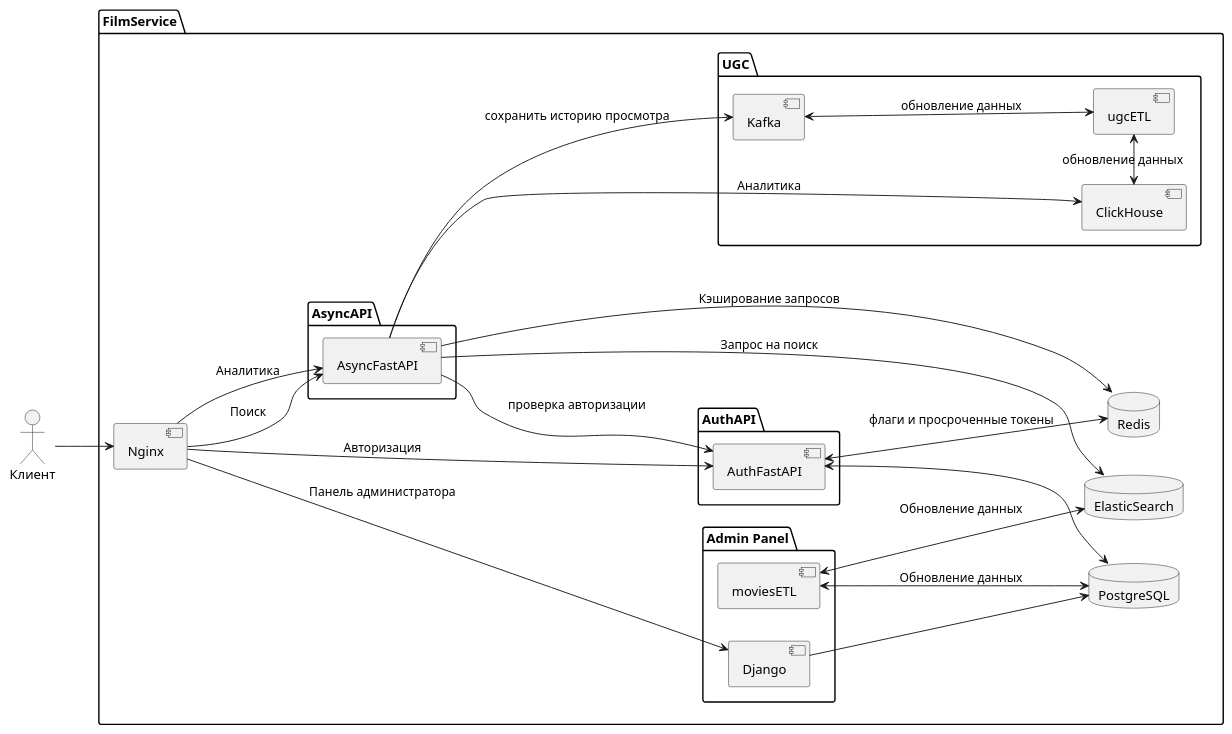
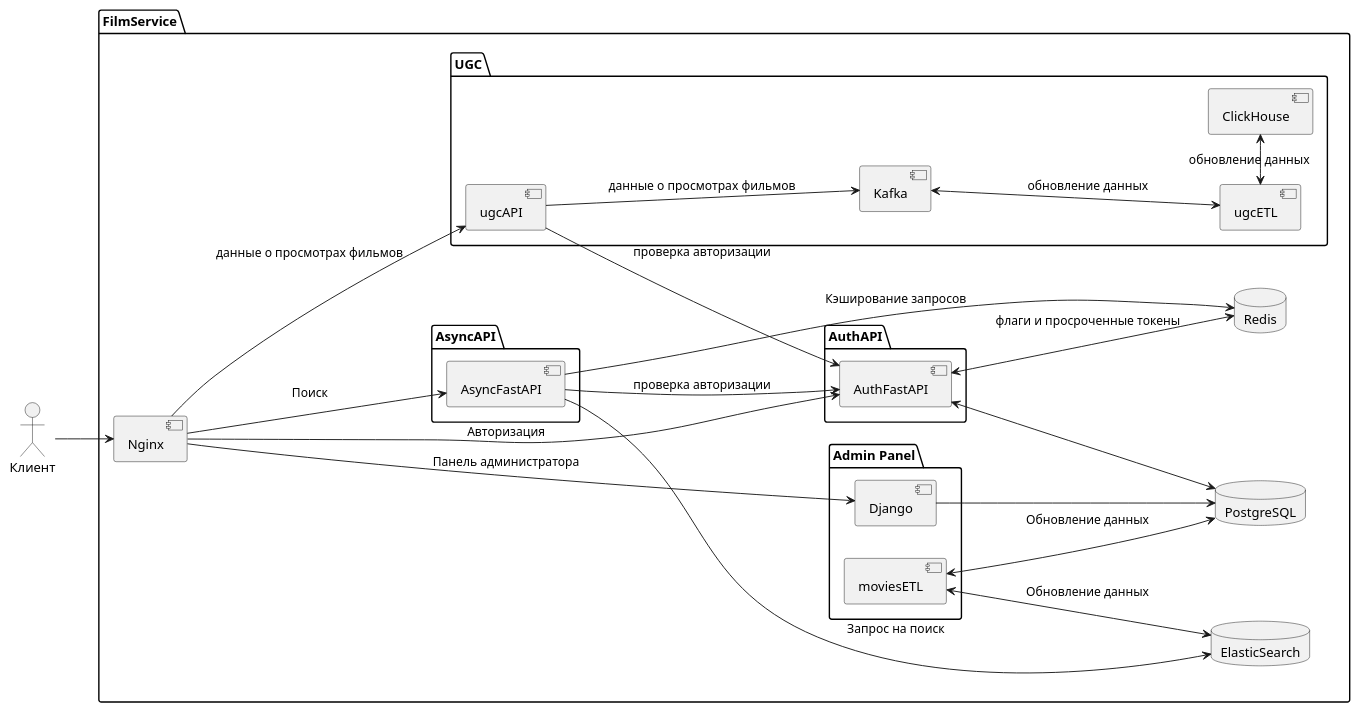
The diagram in _architecture/new_schema.puml (emiliskan/user-generated-content), drawn with PlantUML before and after one commit. The commit also changed 1 other file, not shown here.

Commit message:
fixed architecture

```diff
--- a/_architecture/new_schema.puml
+++ b/_architecture/new_schema.puml
@@ -1,55 +1,56 @@
 @startuml
 
 actor Клиент as Client
 
 package FilmService as FS {
     component Nginx
 
     database PostgreSQL
     database ElasticSearch
     database Redis
 
     package "Admin Panel" as AP {
         component Django
         component moviesETL
     }
     package "AuthAPI" as Auth {
         component AuthFastAPI
     }
     package "AsyncAPI" as Async {
         component AsyncFastAPI
     }
     package "UGC" as UGC {
         component Kafka
+        component ugcAPI
         component ugcETL
         component ClickHouse
     }
 
 }
 
 left to right direction
 Client --> Nginx
 
 Nginx --> Django: Панель администратора
 moviesETL <--> PostgreSQL: Обновление данных
 moviesETL <--> ElasticSearch: Обновление данных
 Django --> PostgreSQL
 
 Nginx --> AuthFastAPI: Авторизация
 AuthFastAPI <--> PostgreSQL
 AuthFastAPI <--> Redis: флаги и просроченные токены
 
 Nginx --> AsyncFastAPI: Поиск
 
 AsyncFastAPI --> AuthFastAPI: проверка авторизации
 AsyncFastAPI --> ElasticSearch: Запрос на поиск
 AsyncFastAPI --> Redis: Кэширование запросов
-AsyncFastAPI --> Kafka: сохранить историю просмотра
-AsyncFastAPI --> ClickHouse: Аналитика
 
-Nginx --> AsyncFastAPI: Аналитика
 
+Nginx --> ugcAPI: данные о просмотрах фильмов
+ugcAPI --> AuthFastAPI: проверка авторизации
+ugcAPI -->Kafka: данные о просмотрах фильмов
 
 Kafka <--> ugcETL: обновление данных
 ugcETL <-> ClickHouse: обновление данных
 @enduml
```
